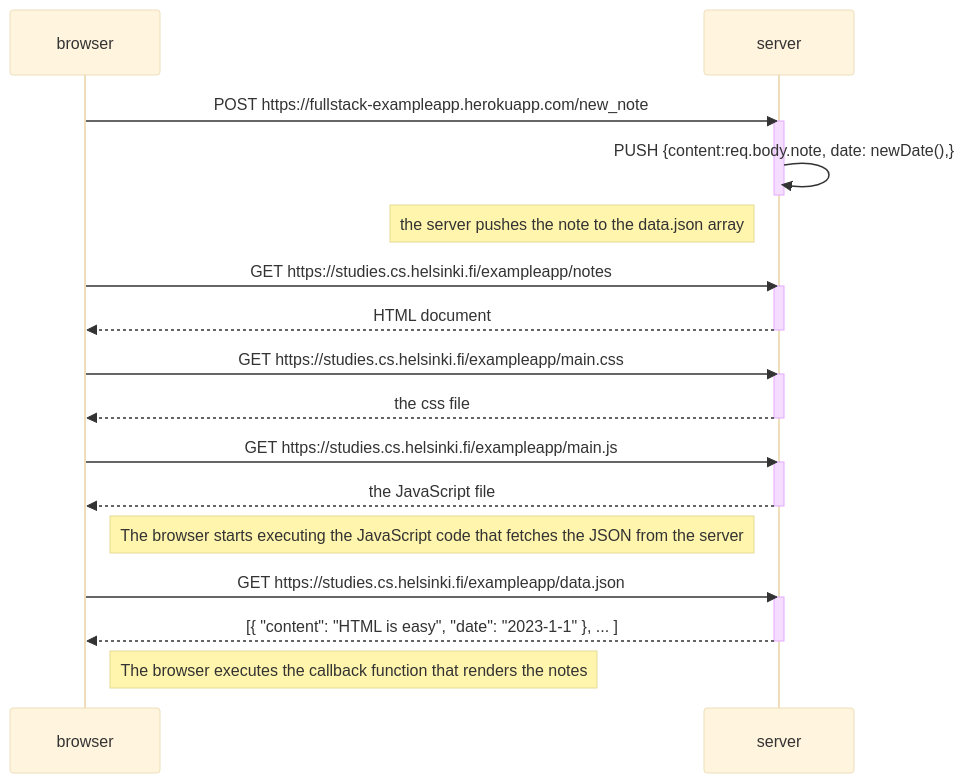
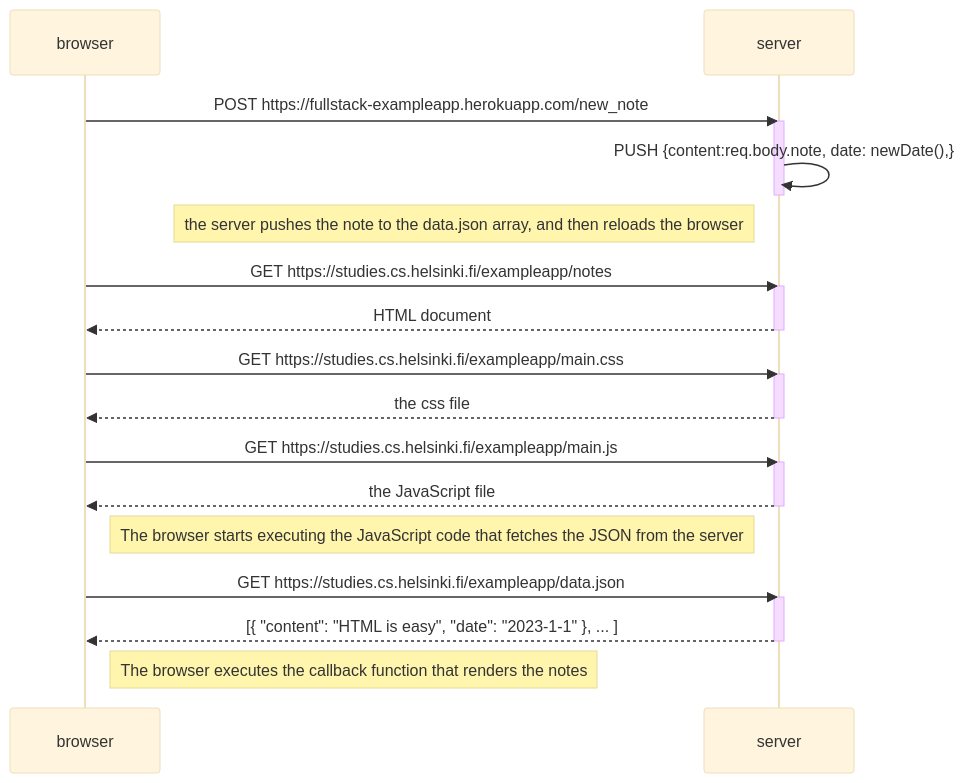
Before and after one commit to aaronw122/mermaid2: the diagram in README.md, drawn with Mermaid (base theme).

````diff
--- a/README.md
+++ b/README.md
@@ -3,38 +3,38 @@
 ```mermaid
 
 sequenceDiagram
     participant browser
     participant server
 
     browser->>server: POST https://fullstack-exampleapp.herokuapp.com/new_note
     activate server
     server->>server: PUSH {content:req.body.note, date: newDate(),}
     deactivate server
 
-    note left of server: the server pushes the note to the data.json array
+    note left of server: the server pushes the note to the data.json array, and then reloads the browser
 
     browser->>server: GET https://studies.cs.helsinki.fi/exampleapp/notes
     activate server
     server-->>browser: HTML document
     deactivate server
 
     browser->>server: GET https://studies.cs.helsinki.fi/exampleapp/main.css
     activate server
     server-->>browser: the css file
     deactivate server
 
     browser->>server: GET https://studies.cs.helsinki.fi/exampleapp/main.js
     activate server
     server-->>browser: the JavaScript file
     deactivate server
 
     Note right of browser: The browser starts executing the JavaScript code that fetches the JSON from the server
 
     browser->>server: GET https://studies.cs.helsinki.fi/exampleapp/data.json
     activate server
     server-->>browser: [{ "content": "HTML is easy", "date": "2023-1-1" }, ... ]
     deactivate server
 
     Note right of browser: The browser executes the callback function that renders the notes
 
 ```
````
